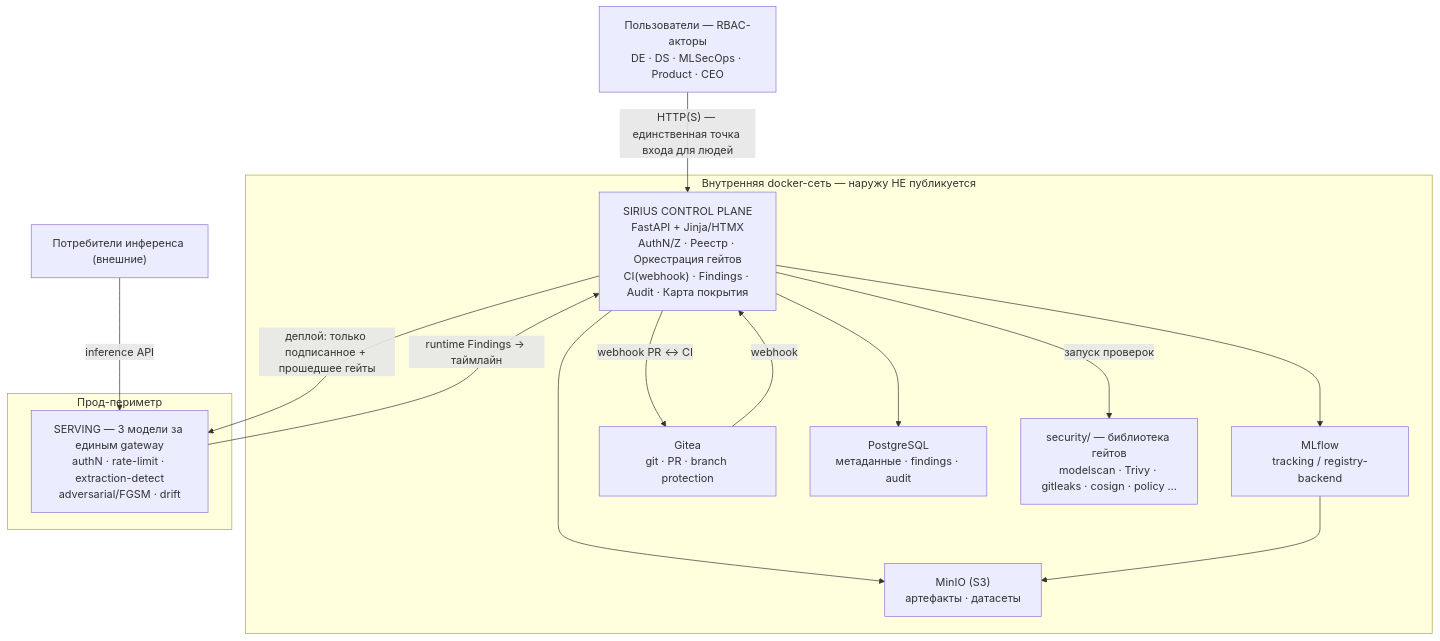
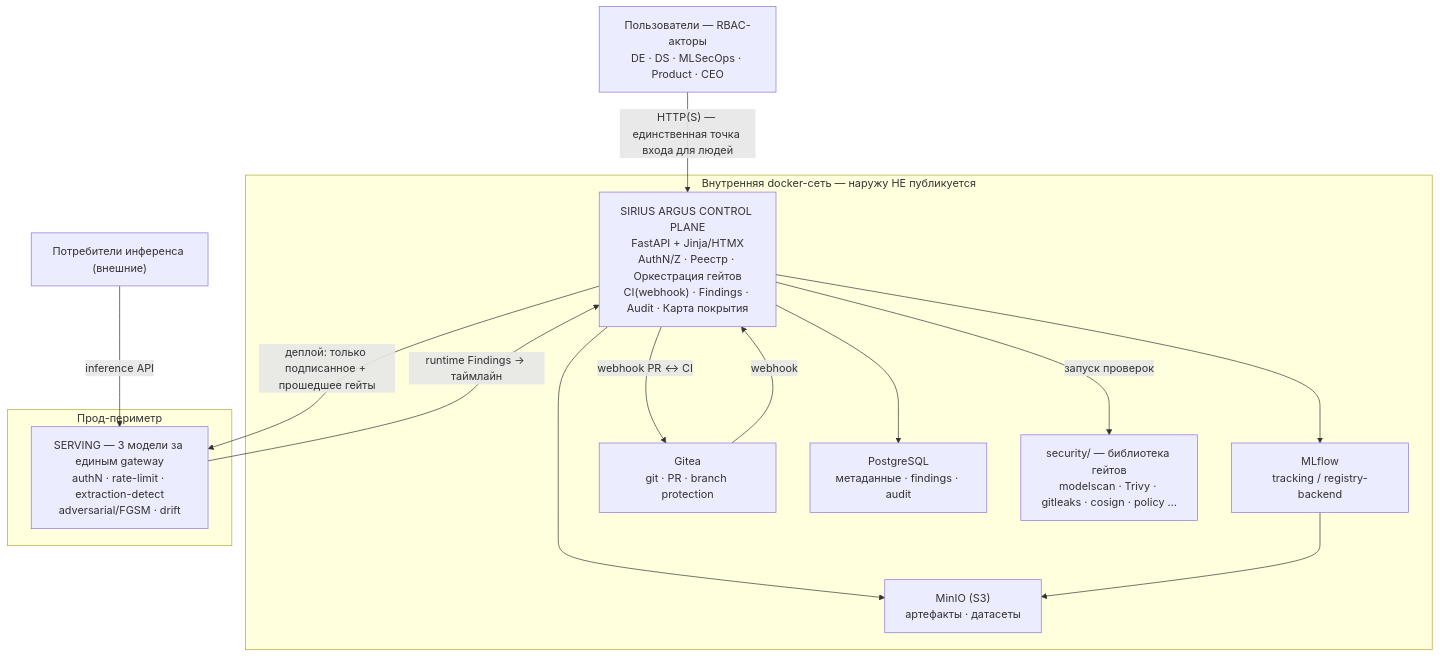
One commit to dmagog/Sirius-Argus changed the second of 8 diagrams in docs/architecture.md. Above: the diagram before and after it, drawn with Mermaid. The commit also changed other lines of this file and 8 other files, not shown here.

First line of the commit message:
rebrand: Sirius -> Sirius Argus во всех документах + слоган

````diff
--- a/docs/architecture.md
+++ b/docs/architecture.md
@@ -78,30 +78,30 @@
 ```mermaid
 flowchart TB
     U["Пользователи — RBAC-акторы<br/>DE · DS · MLSecOps · Product · CEO"]
     CONS["Потребители инференса (внешние)"]
 
     subgraph INT["Внутренняя docker-сеть — наружу НЕ публикуется"]
-        CP["SIRIUS CONTROL PLANE<br/>FastAPI + Jinja/HTMX<br/>AuthN/Z · Реестр · Оркестрация гейтов<br/>CI(webhook) · Findings · Audit · Карта покрытия"]
+        CP["SIRIUS ARGUS CONTROL PLANE<br/>FastAPI + Jinja/HTMX<br/>AuthN/Z · Реестр · Оркестрация гейтов<br/>CI(webhook) · Findings · Audit · Карта покрытия"]
         ML["MLflow<br/>tracking / registry-backend"]
         MO["MinIO (S3)<br/>артефакты · датасеты"]
         GT["Gitea<br/>git · PR · branch protection"]
         PG["PostgreSQL<br/>метаданные · findings · audit"]
         SEC["security/ — библиотека гейтов<br/>modelscan · Trivy · gitleaks · cosign · policy …"]
     end
 
     subgraph PROD["Прод-периметр"]
         SV["SERVING — 3 модели за единым gateway<br/>authN · rate-limit · extraction-detect<br/>adversarial/FGSM · drift"]
     end
 
     U -->|"HTTP(S) — единственная точка входа для людей"| CP
     CP --> ML
     CP --> MO
     CP --> PG
     CP -->|"webhook PR ↔ CI"| GT
     GT -->|"webhook"| CP
     CP -->|"запуск проверок"| SEC
     ML --> MO
     CP -->|"деплой: только подписанное + прошедшее гейты"| SV
     SV -->|"runtime Findings → таймлайн"| CP
     CONS -->|"inference API"| SV
 ```
````
